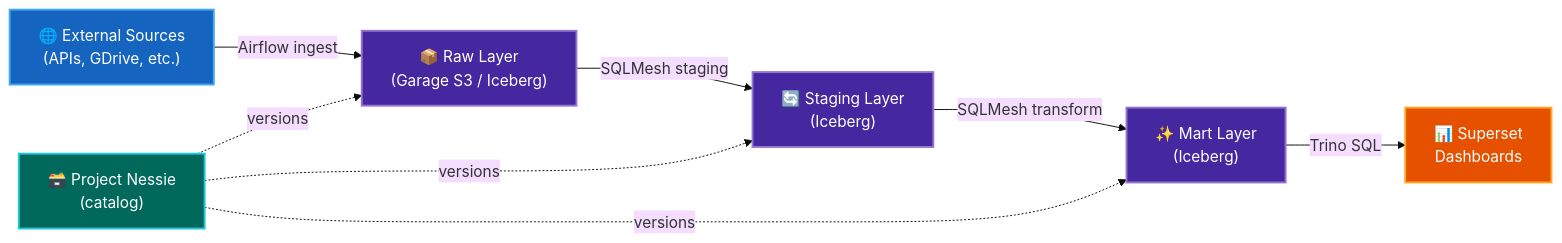
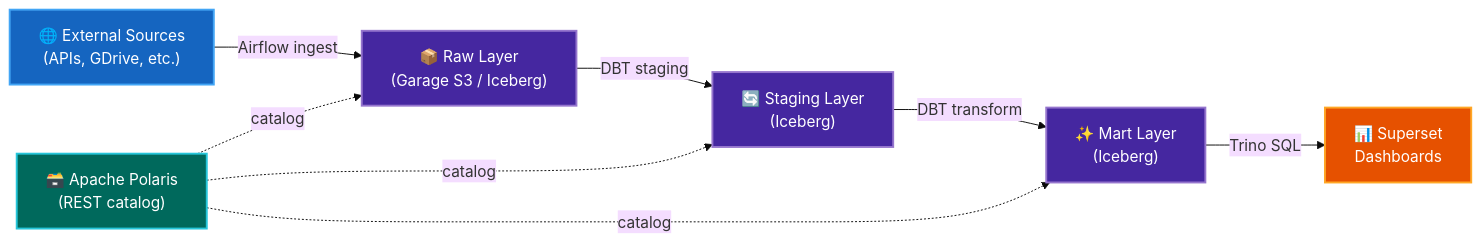
One commit to datahub-local/datahub-local changed the first of 3 diagrams in docs/roadmap.md. Above: the diagram before and after it, drawn with Mermaid (base theme). The commit also changed other lines of this file and 11 other files, not shown here.

````diff
--- a/docs/roadmap.md
+++ b/docs/roadmap.md
@@ -42,20 +39,20 @@
 ```mermaid
 flowchart LR
     classDef source fill:#1565C0,color:#fff,stroke:#42A5F5,stroke-width:2px
     classDef layer fill:#4527A0,color:#fff,stroke:#9575CD,stroke-width:2px
     classDef catalog fill:#00695C,color:#fff,stroke:#26C6DA,stroke-width:2px
     classDef viz fill:#E65100,color:#fff,stroke:#FFA726,stroke-width:2px
 
     Sources["🌐 External Sources\n(APIs, GDrive, etc.)"]:::source
     Raw["📦 Raw Layer\n(Garage S3 / Iceberg)"]:::layer
     Staging["🔄 Staging Layer\n(Iceberg)"]:::layer
     Marts["✨ Mart Layer\n(Iceberg)"]:::layer
     Superset["📊 Superset\nDashboards"]:::viz
-    Nessie["🗃️ Project Nessie\n(catalog)"]:::catalog
+    Polaris["🗃️ Apache Polaris\n(REST catalog)"]:::catalog
 
     Sources -->|"Airflow ingest"| Raw
-    Raw -->|"SQLMesh staging"| Staging
-    Staging -->|"SQLMesh transform"| Marts
+    Raw -->|"DBT staging"| Staging
+    Staging -->|"DBT transform"| Marts
     Marts -->|"Trino SQL"| Superset
-    Nessie -.->|"versions"| Raw & Staging & Marts
+    Polaris -.->|"catalog"| Raw & Staging & Marts
 ```
````
